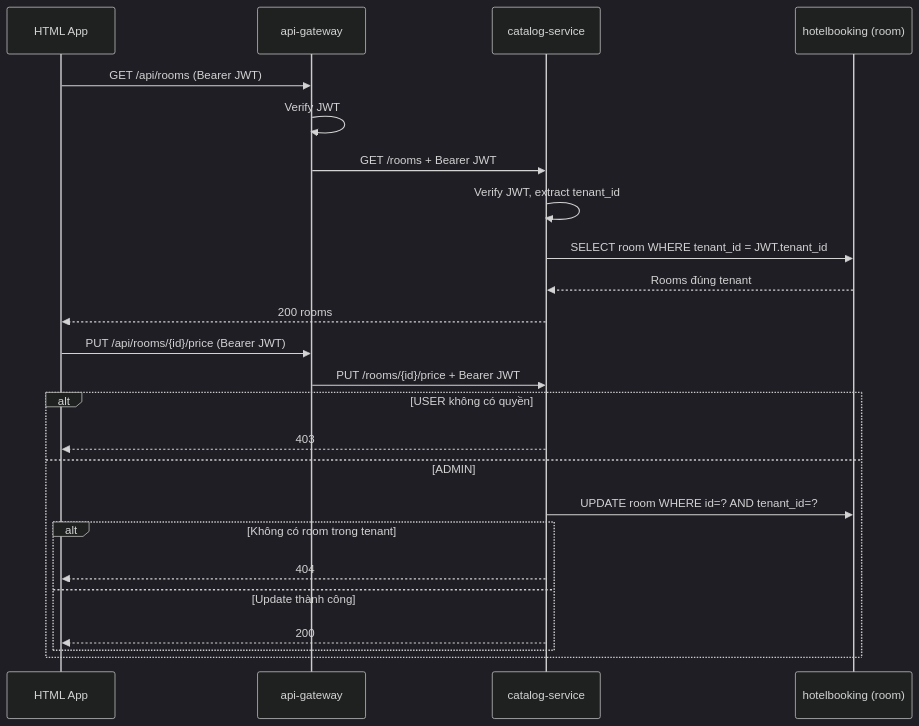
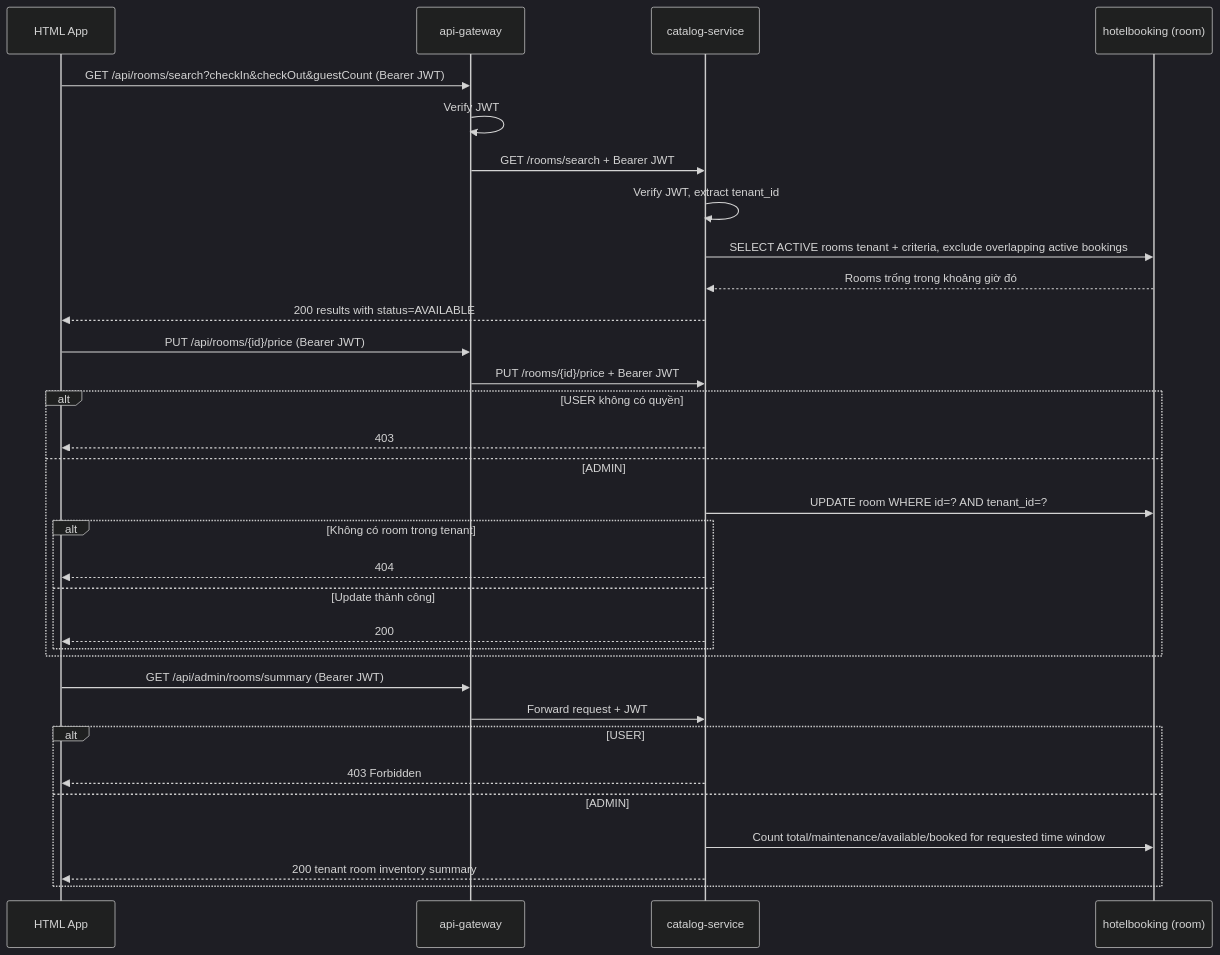
Before and after one commit to oabga/HotelBookingSystem: the second of 4 diagrams in docs/iam-google-sso-demo-plan-v2.md, drawn with Mermaid (dark theme). The commit also changed other lines of this file and 2 other files, not shown here.

First line of the commit message:
update erd v3

````diff
--- a/docs/iam-google-sso-demo-plan-v2.md
+++ b/docs/iam-google-sso-demo-plan-v2.md
@@ -435,28 +455,37 @@
 ```mermaid
 sequenceDiagram
     participant UI as HTML App
     participant Gateway as api-gateway
     participant Catalog as catalog-service
     participant DB as hotelbooking (room)
 
-    UI->>Gateway: GET /api/rooms (Bearer JWT)
+    UI->>Gateway: GET /api/rooms/search?checkIn&checkOut&guestCount (Bearer JWT)
     Gateway->>Gateway: Verify JWT
-    Gateway->>Catalog: GET /rooms + Bearer JWT
+    Gateway->>Catalog: GET /rooms/search + Bearer JWT
     Catalog->>Catalog: Verify JWT, extract tenant_id
-    Catalog->>DB: SELECT room WHERE tenant_id = JWT.tenant_id
-    DB-->>Catalog: Rooms đúng tenant
-    Catalog-->>UI: 200 rooms
+    Catalog->>DB: SELECT ACTIVE rooms tenant + criteria, exclude overlapping active bookings
+    DB-->>Catalog: Rooms trống trong khoảng giờ đó
+    Catalog-->>UI: 200 results with status=AVAILABLE
 
     UI->>Gateway: PUT /api/rooms/{id}/price (Bearer JWT)
     Gateway->>Catalog: PUT /rooms/{id}/price + Bearer JWT
     alt USER không có quyền
         Catalog-->>UI: 403
     else ADMIN
         Catalog->>DB: UPDATE room WHERE id=? AND tenant_id=?
         alt Không có room trong tenant
             Catalog-->>UI: 404
         else Update thành công
             Catalog-->>UI: 200
         end
     end
+
+    UI->>Gateway: GET /api/admin/rooms/summary (Bearer JWT)
+    Gateway->>Catalog: Forward request + JWT
+    alt USER
+        Catalog-->>UI: 403 Forbidden
+    else ADMIN
+        Catalog->>DB: Count total/maintenance/available/booked for requested time window
+        Catalog-->>UI: 200 tenant room inventory summary
+    end
 ```
````
